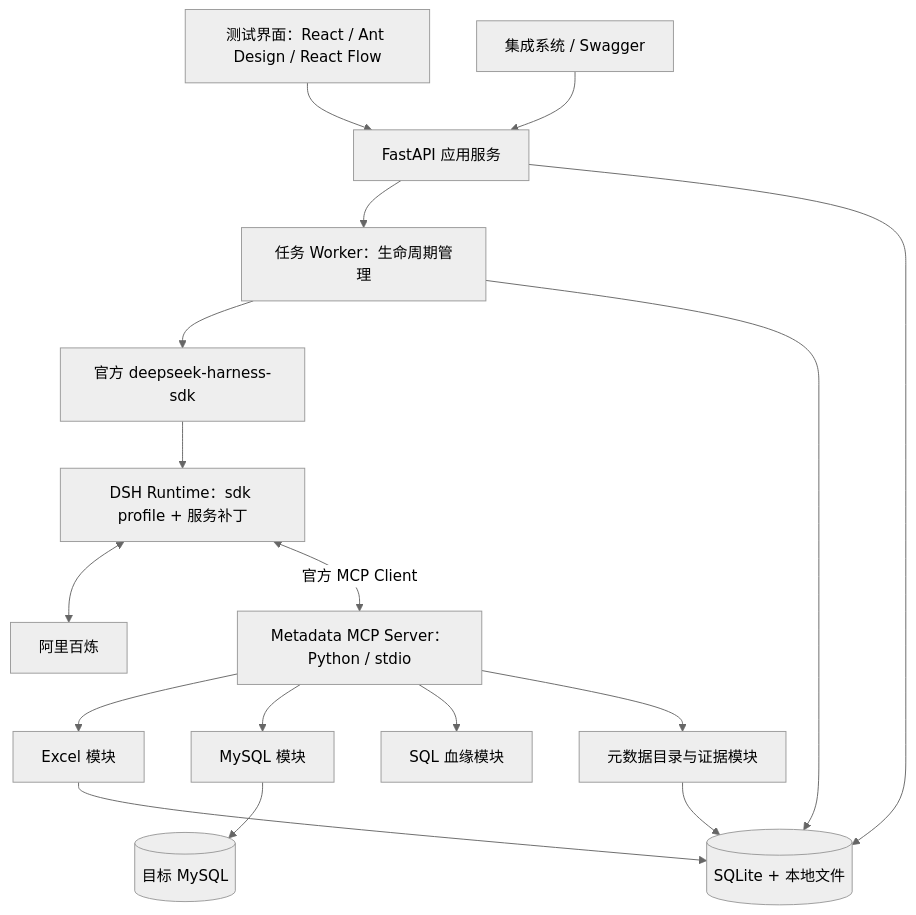
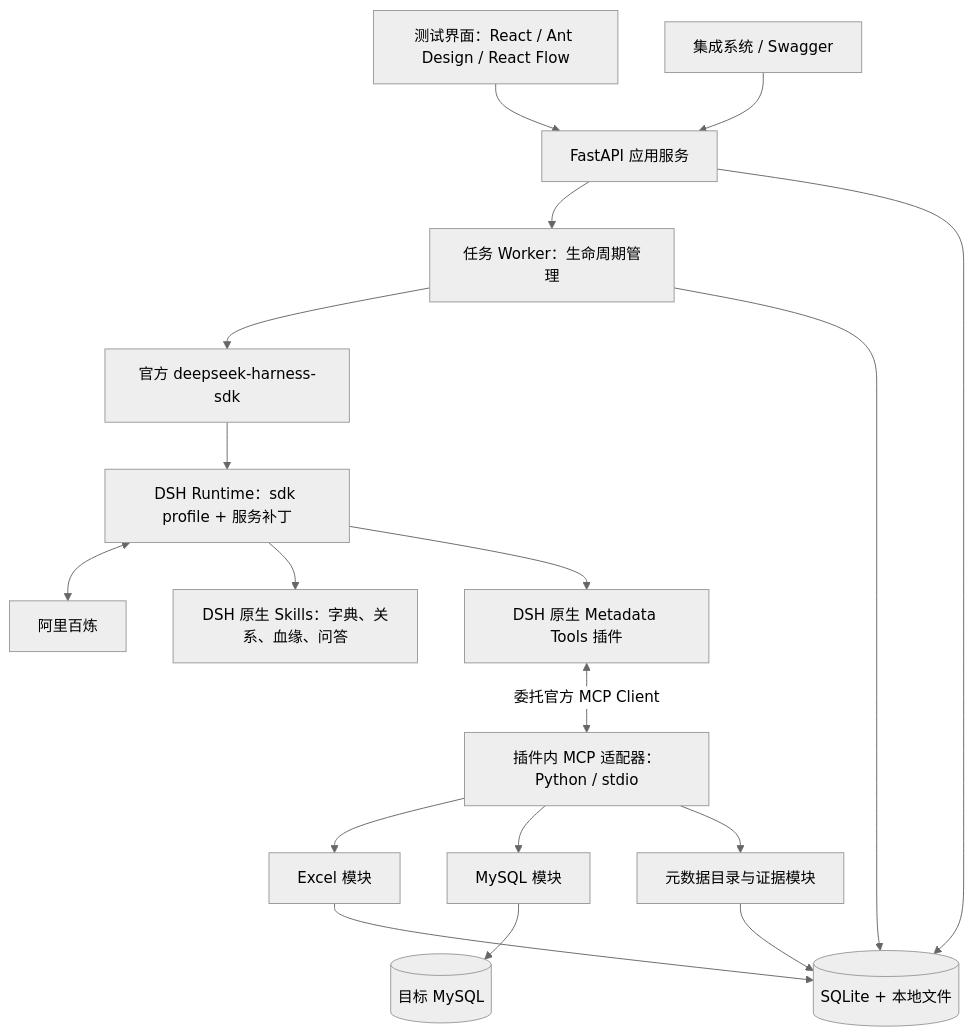
The first of 2 diagrams in docs/architecture.md (wang1365/metadata-agent), drawn with Mermaid (neutral theme) before and after one commit. The commit also changed other lines of this file and 47 other files, not shown here.

Commit message:
feat: add DSH metadata service with plugin tools and native analysis skills

````diff
--- a/docs/architecture.md
+++ b/docs/architecture.md
@@ -19,33 +21,35 @@
 ```mermaid
 flowchart TB
     UI[测试界面：React / Ant Design / React Flow]
     CLIENT[集成系统 / Swagger]
     API[FastAPI 应用服务]
     WORKER[任务 Worker：生命周期管理]
     SDK[官方 deepseek-harness-sdk]
     DSH[DSH Runtime：sdk profile + 服务补丁]
     MODEL[阿里百炼]
-    MCP[Metadata MCP Server：Python / stdio]
+    PLUGIN[DSH 原生 Metadata Tools 插件]
+    SKILLS[DSH 原生 Skills：字典、关系、血缘、问答]
+    MCP[插件内 MCP 适配器：Python / stdio]
     EXCEL[Excel 模块]
     MYSQL[MySQL 模块]
-    LINEAGE[SQL 血缘模块]
     CATALOG[元数据目录与证据模块]
     STORE[(SQLite + 本地文件)]
     TARGET[(目标 MySQL)]
     UI --> API
     CLIENT --> API
     API --> WORKER
     WORKER --> SDK
     SDK --> DSH
     DSH <--> MODEL
-    DSH <-->|官方 MCP Client| MCP
+    DSH --> SKILLS
+    DSH --> PLUGIN
+    PLUGIN <-->|委托官方 MCP Client| MCP
     MCP --> EXCEL
     MCP --> MYSQL
-    MCP --> LINEAGE
     MCP --> CATALOG
     MYSQL --> TARGET
     EXCEL --> STORE
     CATALOG --> STORE
     API --> STORE
     WORKER --> STORE
 ```
````
